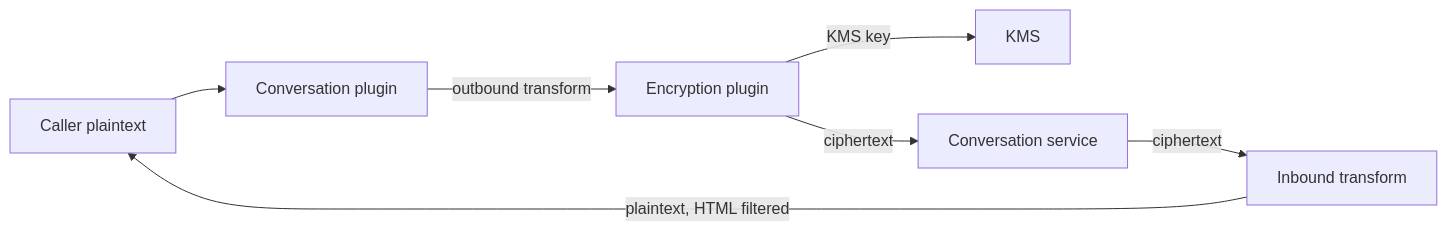
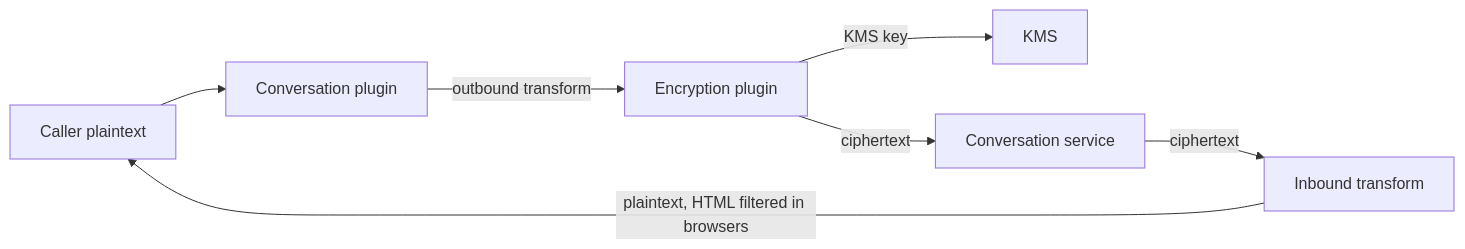
Before and after one commit to webex/webex-js-sdk: the second of 2 diagrams in packages/@webex/internal-plugin-conversation/docs/architecture.md, drawn with Mermaid. The commit also changed other lines of this file and 11 other files, not shown here.

````diff
--- a/packages/@webex/internal-plugin-conversation/docs/architecture.md
+++ b/packages/@webex/internal-plugin-conversation/docs/architecture.md
@@ -205,9 +212,9 @@
 ```mermaid
 flowchart LR
   Caller[Caller plaintext] --> Convo[Conversation plugin]
   Convo -->|outbound transform| Enc[Encryption plugin]
   Enc -->|KMS key| KMS[KMS]
   Enc -->|ciphertext| CS[Conversation service]
   CS -->|ciphertext| Dec[Inbound transform]
-  Dec -->|plaintext, HTML filtered| Caller
+  Dec -->|plaintext, HTML filtered in browsers| Caller
 ```
````
